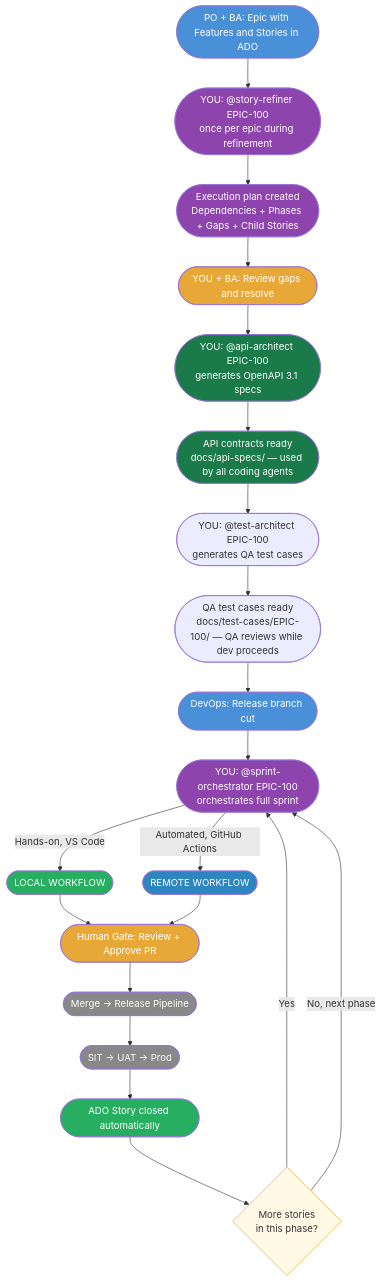
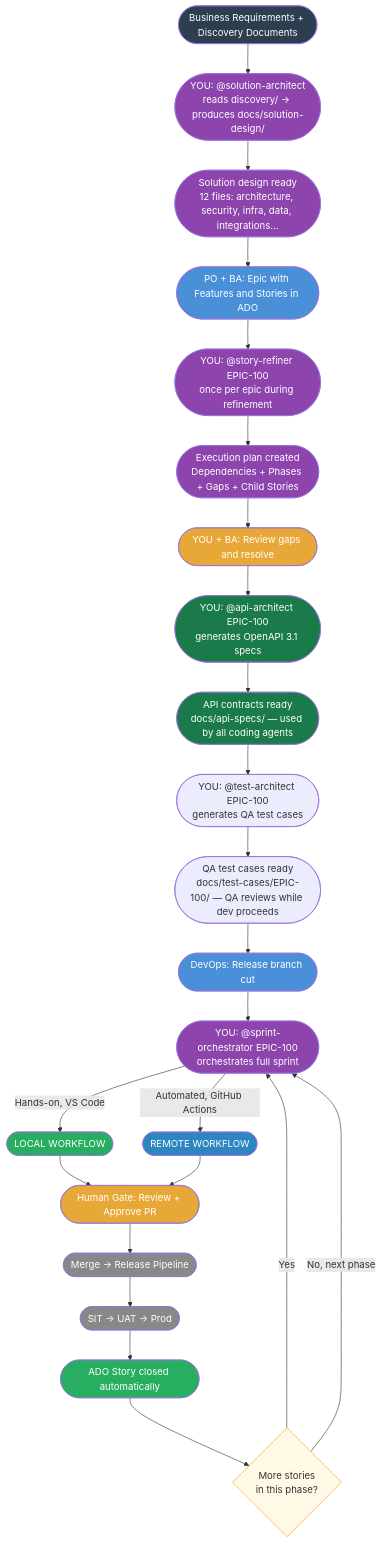
The first of 7 diagrams in docs/agentic-sdlc-flowchart.md (faizal13/sdlc-copilot-template), drawn with Mermaid before and after one commit. The commit also changed other lines of this file and 4 other files, not shown here.

````diff
--- a/docs/agentic-sdlc-flowchart.md
+++ b/docs/agentic-sdlc-flowchart.md
@@ -35,45 +36,54 @@
 ```mermaid
 flowchart TD
+    Z([Business Requirements + Discovery Documents]) --> Z1
+
+    Z1([YOU: @solution-architect<br/>reads discovery/ → produces docs/solution-design/])
+    Z1 --> Z2([Solution design ready<br/>12 files: architecture, security, infra, data, integrations...])
+    Z2 --> A
+
     A([PO + BA: Epic with Features and Stories in ADO]) --> B
 
     B([YOU: @story-refiner EPIC-100<br/>once per epic during refinement])
 
     B --> B1([Execution plan created<br/>Dependencies + Phases + Gaps + Child Stories])
     B1 --> B2([YOU + BA: Review gaps and resolve])
 
     B2 --> B3([YOU: @api-architect EPIC-100<br/>generates OpenAPI 3.1 specs])
     B3 --> B4([API contracts ready<br/>docs/api-specs/ — used by all coding agents])
 
     B4 --> B5([YOU: @test-architect EPIC-100<br/>generates QA test cases])
     B5 --> B6([QA test cases ready<br/>docs/test-cases/EPIC-100/ — QA reviews while dev proceeds])
 
     B6 --> C([DevOps: Release branch cut])
     C --> D([YOU: @sprint-orchestrator EPIC-100<br/>orchestrates full sprint])
 
     D -->|Hands-on, VS Code| E([LOCAL WORKFLOW])
     D -->|Automated, GitHub Actions| F([REMOTE WORKFLOW])
     E --> G([Human Gate: Review + Approve PR])
     F --> G
     G --> H([Merge → Release Pipeline])
     H --> I([SIT → UAT → Prod])
     I --> J([ADO Story closed automatically])
     J --> K{More stories<br/>in this phase?}
     K -->|Yes| D
     K -->|No, next phase| D
 
+    style Z fill:#2C3E50,color:#fff
+    style Z1 fill:#8E44AD,color:#fff
+    style Z2 fill:#8E44AD,color:#fff
     style A fill:#4A90D9,color:#fff
     style B fill:#8E44AD,color:#fff
     style B1 fill:#8E44AD,color:#fff
     style B2 fill:#E8A838,color:#fff
     style B3 fill:#1A7A4A,color:#fff
     style B4 fill:#1A7A4A,color:#fff
     style C fill:#4A90D9,color:#fff
     style D fill:#8E44AD,color:#fff
     style E fill:#27AE60,color:#fff
     style F fill:#2E86C1,color:#fff
     style G fill:#E8A838,color:#fff
     style H fill:#888,color:#fff
     style I fill:#888,color:#fff
     style J fill:#27AE60,color:#fff
     style K fill:#FFF9E6,stroke:#F39C12
 ```
````
